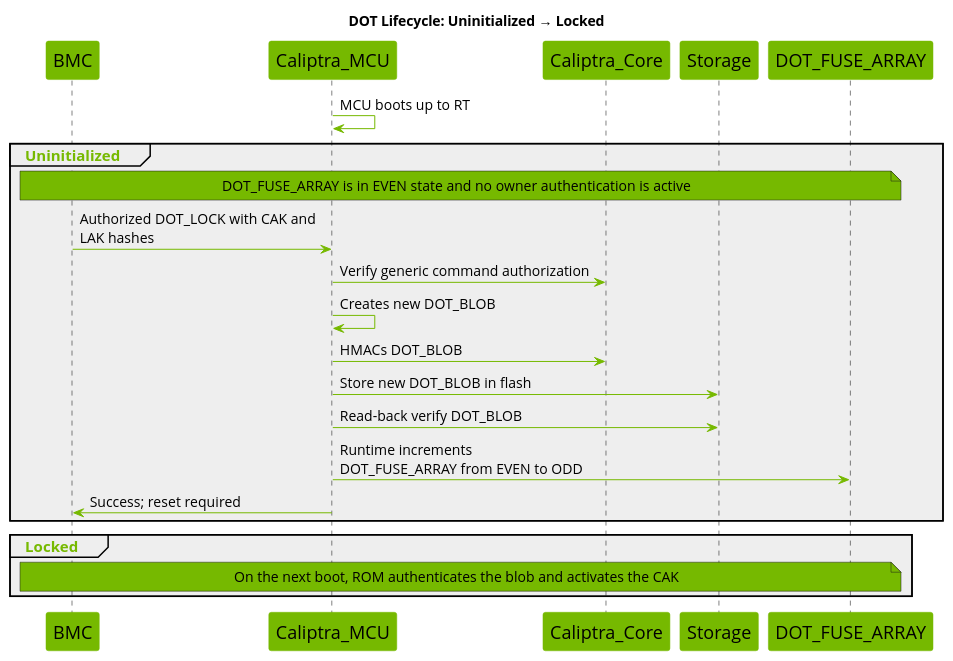
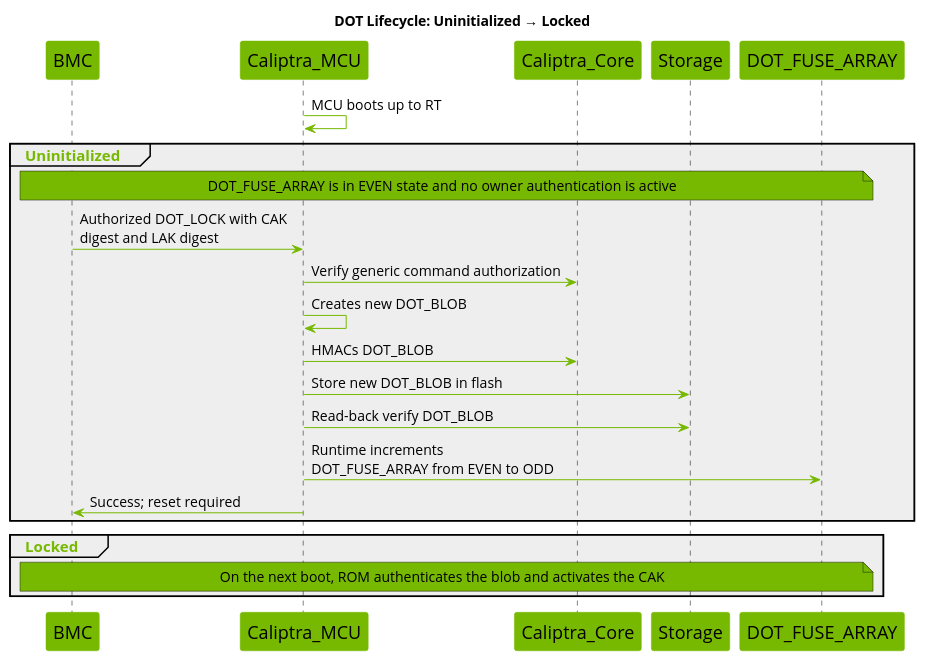
One commit to chipsalliance/caliptra-mcu-sw changed the fifth of 7 diagrams in docs/src/dot.md. Above: the diagram before and after it, drawn with PlantUML. The commit also changed other lines of this file and 7 other files, not shown here.

````diff
--- a/docs/src/dot.md
+++ b/docs/src/dot.md
@@ -1123,56 +1089,56 @@
 ```plantuml
 @startuml
 
 title DOT Lifecycle: Uninitialized → Locked
 
 skinparam maxMessageSize 250
 skinparam wrapWidth 700
 skinparam backgroundColor white
 skinparam NoteBackgroundColor #76b900
 skinparam NoteFontSize 14
 skinparam SequenceGroupBodyBackgroundColor #EEEEEE
 skinparam defaultFontName Open Sans
 
 skinparam sequence {
     ArrowColor #76b900
     ActorBorderColor #76b900
     LifeLineBorderColor #000000
     LifeLineBackgroundColor #76b900
     GroupHeaderFontsize 15
     GroupHeaderFontColor #76b900
     GroupFontSize 15
     GroupFontColor #76b900
     ArrowFontSize 15
     ParticipantBorderColor #76b900
     ParticipantBackgroundColor #76b900
     ParticipantFontSize 18
     ParticipantFontColor black
     ArrowFontSize 14
 }
 
 participant BMC
 participant Caliptra_MCU
 participant Caliptra_Core
 participant Storage
 participant DOT_FUSE_ARRAY
 
 Caliptra_MCU -> Caliptra_MCU : MCU boots up to RT
 
 group Uninitialized
     note across : DOT_FUSE_ARRAY is in EVEN state and no owner authentication is active
-    BMC -> Caliptra_MCU : Authorized DOT_LOCK with CAK and LAK hashes
+    BMC -> Caliptra_MCU : Authorized DOT_LOCK with CAK digest and LAK digest
     Caliptra_MCU -> Caliptra_Core : Verify generic command authorization
     Caliptra_MCU -> Caliptra_MCU : Creates new DOT_BLOB
     Caliptra_MCU -> Caliptra_Core : HMACs DOT_BLOB
     Caliptra_MCU -> Storage : Store new DOT_BLOB in flash
     Caliptra_MCU -> Storage : Read-back verify DOT_BLOB
     Caliptra_MCU -> DOT_FUSE_ARRAY : Runtime increments DOT_FUSE_ARRAY from EVEN to ODD
     Caliptra_MCU -> BMC : Success; reset required
 end
 
 group Locked
     note across : On the next boot, ROM authenticates the blob and activates the CAK
 end
 
 @enduml
 ```
````
